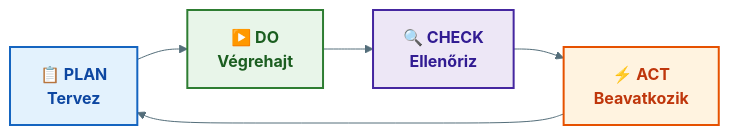
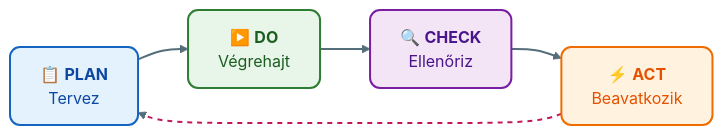
Before and after one commit to denespocsik/MM_BSC_Zarovizsga: the second of 2 diagrams in Tételek/V05-GMXSF2MBLF-Folyamatszemléletű irányítási rendszerek.tétel.md, drawn with Mermaid. The commit also changed other lines of this file and 34 other files, not shown here.

First line of the commit message:
style(tételek): egységes vizuális arculat a Mermaid-diagramokhoz

````diff
--- a/Tételek/V05-GMXSF2MBLF-Folyamatszemléletű irányítási rendszerek.tétel.md
+++ b/Tételek/V05-GMXSF2MBLF-Folyamatszemléletű irányítási rendszerek.tétel.md
@@ -72,13 +73,15 @@
 ```mermaid
-%%{init: {'theme': 'base', 'themeVariables': {'primaryColor': '#E3F2FD', 'primaryBorderColor': '#1565C0', 'lineColor': '#546E7A', 'edgeLabelBackground': '#F5F5F5'}}}%%
 flowchart LR
-    classDef plan  fill:#E3F2FD,stroke:#1565C0,stroke-width:2px,color:#0D47A1,font-weight:bold
-    classDef do    fill:#E8F5E9,stroke:#2E7D32,stroke-width:2px,color:#1B5E20,font-weight:bold
-    classDef check fill:#EDE7F6,stroke:#4527A0,stroke-width:2px,color:#311B92,font-weight:bold
-    classDef act   fill:#FFF3E0,stroke:#E65100,stroke-width:2px,color:#BF360C,font-weight:bold
+    P["📋 <b>PLAN</b><br/>Tervez"]:::kek --> D["▶️ <b>DO</b><br/>Végrehajt"]:::zold
+    D --> C["🔍 <b>CHECK</b><br/>Ellenőriz"]:::lila
+    C --> A["⚡ <b>ACT</b><br/>Beavatkozik"]:::narancs
+    A --> P
 
-    P["📋 PLAN<br/>Tervez"]:::plan --> D["▶️ DO<br/>Végrehajt"]:::do
-    D --> C["🔍 CHECK<br/>Ellenőriz"]:::check
-    C --> A["⚡ ACT<br/>Beavatkozik"]:::act
-    A --> P
+    classDef kek     fill:#e3f2fd,stroke:#1565c0,stroke-width:2px,color:#0d47a1,rx:10,ry:10;
+    classDef zold    fill:#e8f5e9,stroke:#2e7d32,stroke-width:2px,color:#1b5e20,rx:10,ry:10;
+    classDef narancs fill:#fff3e0,stroke:#ef6c00,stroke-width:2px,color:#e65100,rx:10,ry:10;
+    classDef lila    fill:#f3e5f5,stroke:#7b1fa2,stroke-width:2px,color:#4a148c,rx:10,ry:10;
+
+    linkStyle default stroke:#546e7a,stroke-width:2px;
+    linkStyle 3 stroke:#c2185b,stroke-width:2px,stroke-dasharray: 5 5;
 ```
````
